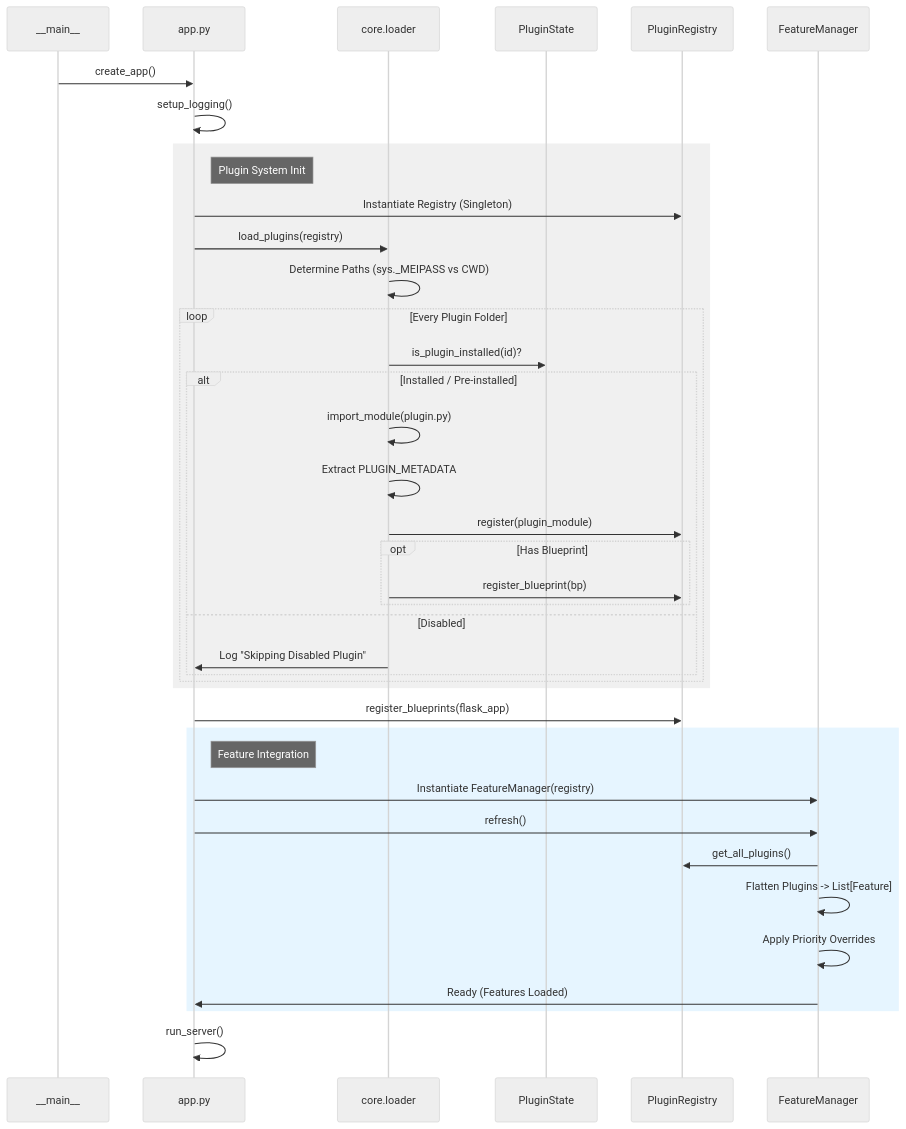
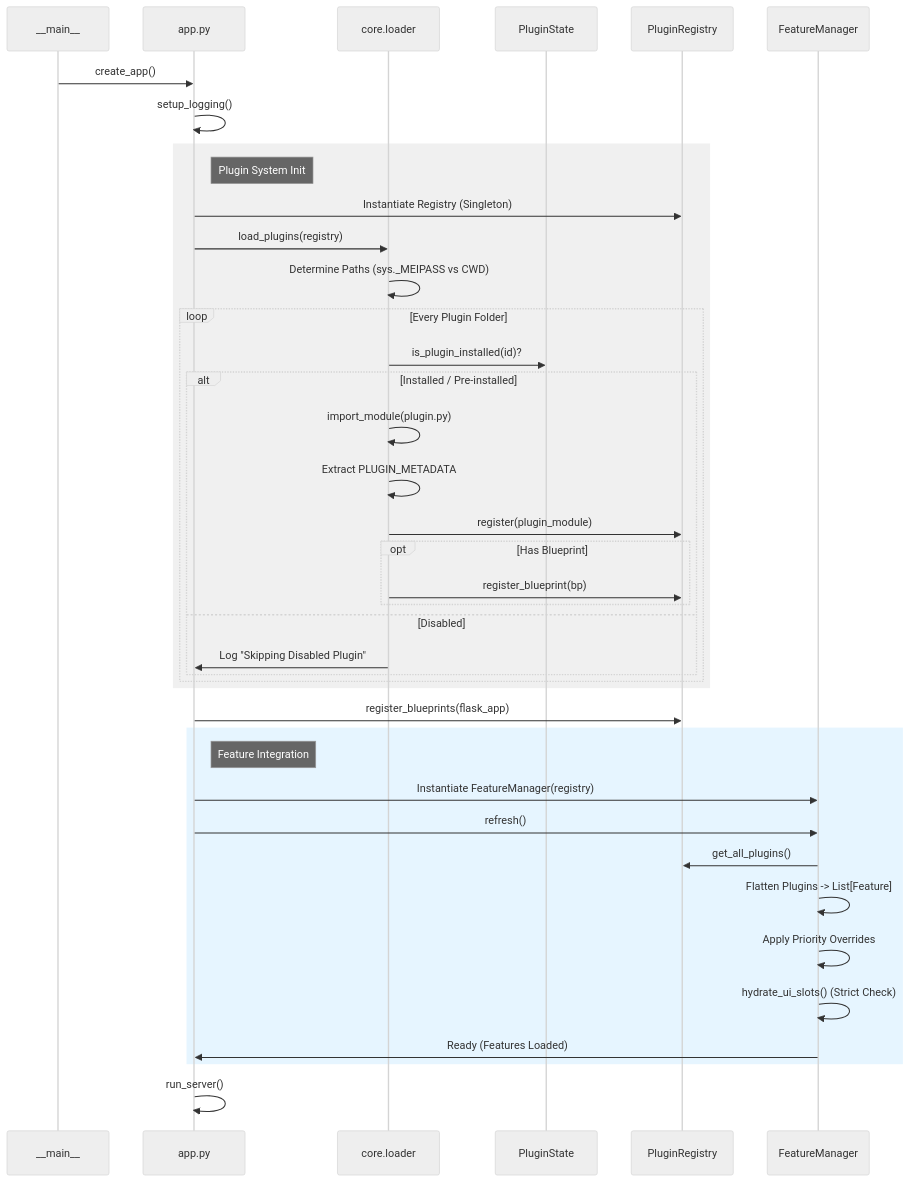
Before and after one commit to docnexus-org/DocNexus: the third of 6 diagrams in docs/DOCNEXUS_ARCHITECTURE.md, drawn with Mermaid (neutral theme). The commit also changed 11 other files, not shown here.

````diff
--- a/docs/DOCNEXUS_ARCHITECTURE.md
+++ b/docs/DOCNEXUS_ARCHITECTURE.md
@@ -111,49 +111,50 @@
 ```mermaid
 sequenceDiagram
     participant Boot as __main__
     participant App as app.py
     participant Loader as core.loader
     participant State as PluginState
     participant Reg as PluginRegistry
     participant FM as FeatureManager
 
     Boot->>App: create_app()
     App->>App: setup_logging()
     
     rect rgb(240, 240, 240)
         note right of App: Plugin System Init
         App->>Reg: Instantiate Registry (Singleton)
         App->>Loader: load_plugins(registry)
         
         Loader->>Loader: Determine Paths (sys._MEIPASS vs CWD)
         
         loop Every Plugin Folder
             Loader->>State: is_plugin_installed(id)?
             alt Installed / Pre-installed
                 Loader->>Loader: import_module(plugin.py)
                 Loader->>Loader: Extract PLUGIN_METADATA
                 Loader->>Reg: register(plugin_module)
                 
                 opt Has Blueprint
                    Loader->>Reg: register_blueprint(bp)
                 end
             else Disabled
                 Loader->>App: Log "Skipping Disabled Plugin"
             end
         end
     end
 
     App->>Reg: register_blueprints(flask_app)
     
     rect rgb(230, 245, 255)
         note right of App: Feature Integration
         App->>FM: Instantiate FeatureManager(registry)
         App->>FM: refresh()
         FM->>Reg: get_all_plugins()
         FM->>FM: Flatten Plugins -> List[Feature]
         FM->>FM: Apply Priority Overrides
+        FM->>FM: hydrate_ui_slots() (Strict Check)
         FM->>App: Ready (Features Loaded)
     end
     
     App->>App: run_server()
 ```
````
